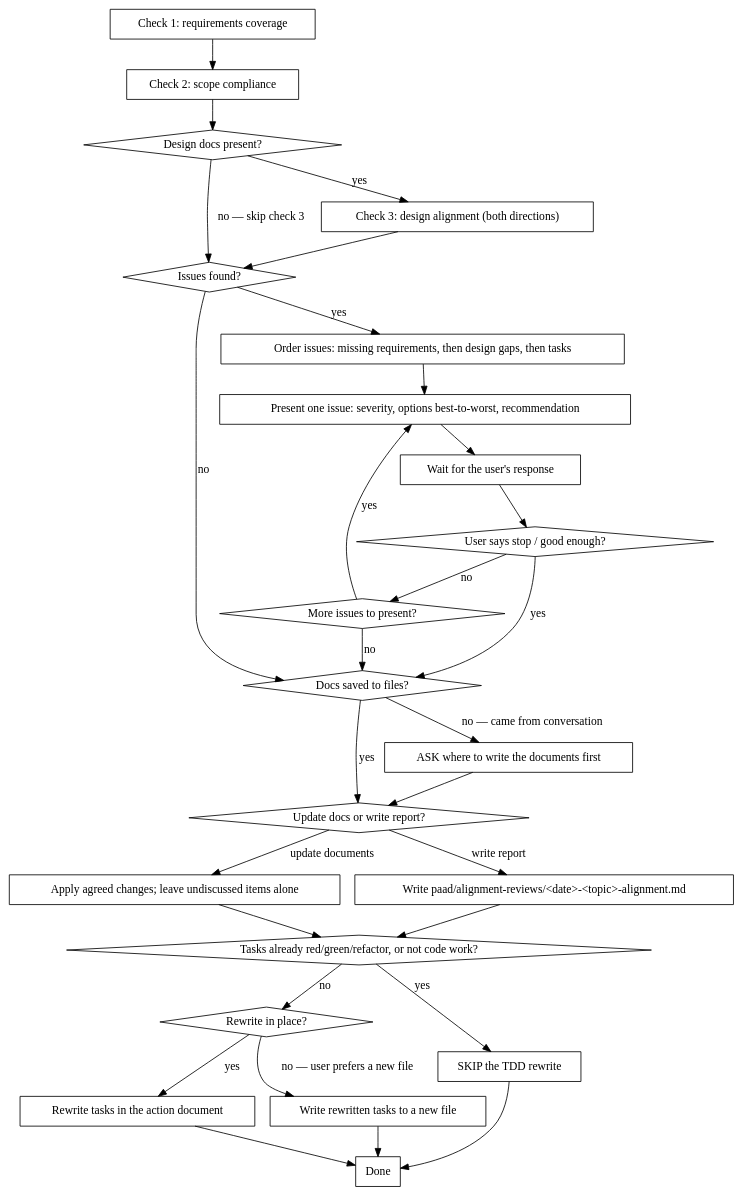
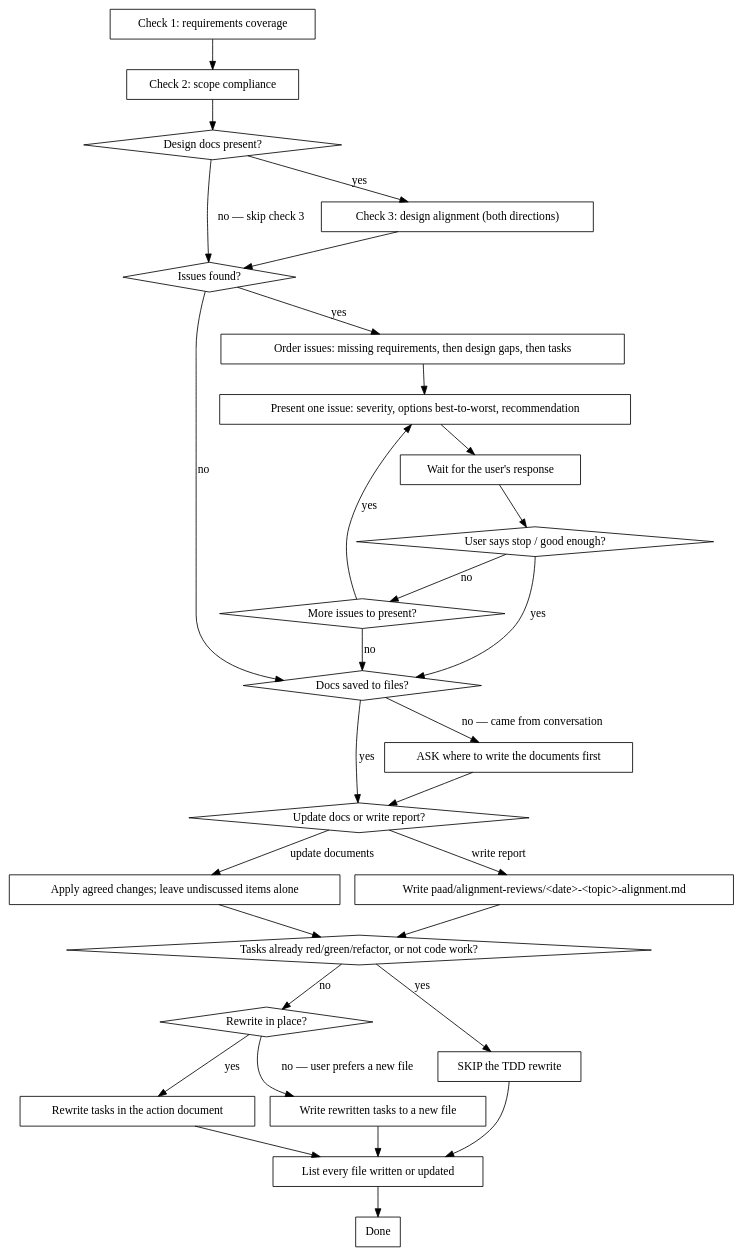
Before and after one commit to Ovid/paad: the second of 2 diagrams in plugins/paad/skills/alignment/SKILL.md, drawn with Graphviz. The commit also changed other lines of this file and 19 other files, not shown here.

````diff
--- a/plugins/paad/skills/alignment/SKILL.md
+++ b/plugins/paad/skills/alignment/SKILL.md
@@ -58,58 +58,60 @@
 ```dot
 digraph analysis_and_resolution {
   "Design docs present?" [shape=diamond];
   "Issues found?" [shape=diamond];
   "User says stop / good enough?" [shape=diamond];
   "More issues to present?" [shape=diamond];
   "Update docs or write report?" [shape=diamond];
   "Docs saved to files?" [shape=diamond];
   "Tasks already red/green/refactor, or not code work?" [shape=diamond];
   "Rewrite in place?" [shape=diamond];
 
   "Check 1: requirements coverage" [shape=box];
   "Check 2: scope compliance" [shape=box];
   "Check 3: design alignment (both directions)" [shape=box];
   "Order issues: missing requirements, then design gaps, then tasks" [shape=box];
   "Present one issue: severity, options best-to-worst, recommendation" [shape=box];
   "Wait for the user's response" [shape=box];
   "Apply agreed changes; leave undiscussed items alone" [shape=box];
   "Write paad/alignment-reviews/<date>-<topic>-alignment.md" [shape=box];
   "ASK where to write the documents first" [shape=box];
   "SKIP the TDD rewrite" [shape=box];
   "Rewrite tasks in the action document" [shape=box];
   "Write rewritten tasks to a new file" [shape=box];
+  "List every file written or updated" [shape=box];
   "Done" [shape=box];
 
   "Check 1: requirements coverage" -> "Check 2: scope compliance";
   "Check 2: scope compliance" -> "Design docs present?";
   "Design docs present?" -> "Check 3: design alignment (both directions)" [label="yes"];
   "Design docs present?" -> "Issues found?" [label="no — skip check 3"];
   "Check 3: design alignment (both directions)" -> "Issues found?";
 
   "Issues found?" -> "Order issues: missing requirements, then design gaps, then tasks" [label="yes"];
   "Issues found?" -> "Docs saved to files?" [label="no"];
   "Order issues: missing requirements, then design gaps, then tasks" -> "Present one issue: severity, options best-to-worst, recommendation";
   "Present one issue: severity, options best-to-worst, recommendation" -> "Wait for the user's response";
   "Wait for the user's response" -> "User says stop / good enough?";
   "User says stop / good enough?" -> "Docs saved to files?" [label="yes"];
   "User says stop / good enough?" -> "More issues to present?" [label="no"];
   "More issues to present?" -> "Present one issue: severity, options best-to-worst, recommendation" [label="yes"];
   "More issues to present?" -> "Docs saved to files?" [label="no"];
 
   "Docs saved to files?" -> "Update docs or write report?" [label="yes"];
   "Docs saved to files?" -> "ASK where to write the documents first" [label="no — came from conversation"];
   "ASK where to write the documents first" -> "Update docs or write report?";
   "Update docs or write report?" -> "Apply agreed changes; leave undiscussed items alone" [label="update documents"];
   "Update docs or write report?" -> "Write paad/alignment-reviews/<date>-<topic>-alignment.md" [label="write report"];
   "Apply agreed changes; leave undiscussed items alone" -> "Tasks already red/green/refactor, or not code work?";
   "Write paad/alignment-reviews/<date>-<topic>-alignment.md" -> "Tasks already red/green/refactor, or not code work?";
 
   "Tasks already red/green/refactor, or not code work?" -> "SKIP the TDD rewrite" [label="yes"];
   "Tasks already red/green/refactor, or not code work?" -> "Rewrite in place?" [label="no"];
   "Rewrite in place?" -> "Rewrite tasks in the action document" [label="yes"];
   "Rewrite in place?" -> "Write rewritten tasks to a new file" [label="no — user prefers a new file"];
-  "SKIP the TDD rewrite" -> "Done";
-  "Rewrite tasks in the action document" -> "Done";
-  "Write rewritten tasks to a new file" -> "Done";
+  "SKIP the TDD rewrite" -> "List every file written or updated";
+  "Rewrite tasks in the action document" -> "List every file written or updated";
+  "Write rewritten tasks to a new file" -> "List every file written or updated";
+  "List every file written or updated" -> "Done";
 }
 ```
````
